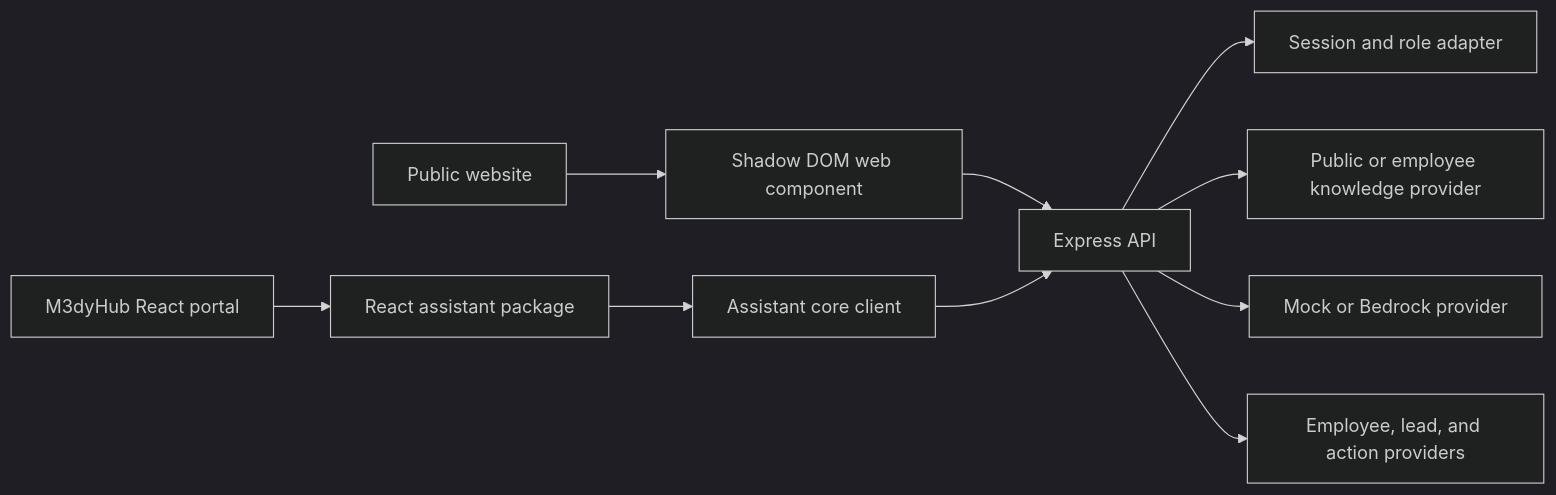
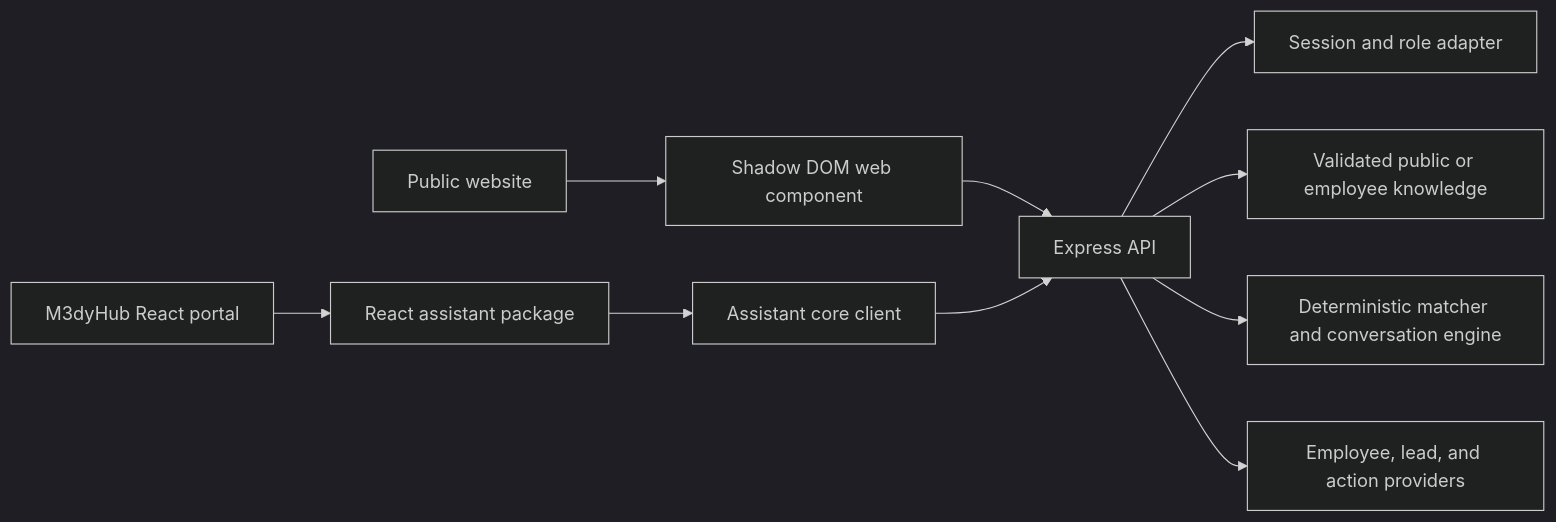
One commit to elvisntumngia-cmd/Medy-ai-assistant changed the diagram in README.md. Above: the diagram before and after it, drawn with Mermaid (dark theme). The commit also changed other lines of this file and 19 other files, not shown here.

Commit message:
feat: expand deterministic conversational knowledge system

````diff
--- a/README.md
+++ b/README.md
@@ -51,12 +51,12 @@
 ```mermaid
 flowchart LR
   Host[Public website] --> Widget[Shadow DOM web component]
   Hub[M3dyHub React portal] --> ReactUI[React assistant package]
   Widget --> API[Express API]
   ReactUI --> Core[Assistant core client]
   Core --> API
   API --> Auth[Session and role adapter]
-  API --> Knowledge[Public or employee knowledge provider]
-  API --> AI[Mock or Bedrock provider]
+  API --> Knowledge[Validated public or employee knowledge]
+  API --> Engine[Deterministic matcher and conversation engine]
   API --> Data[Employee, lead, and action providers]
 ```
````
